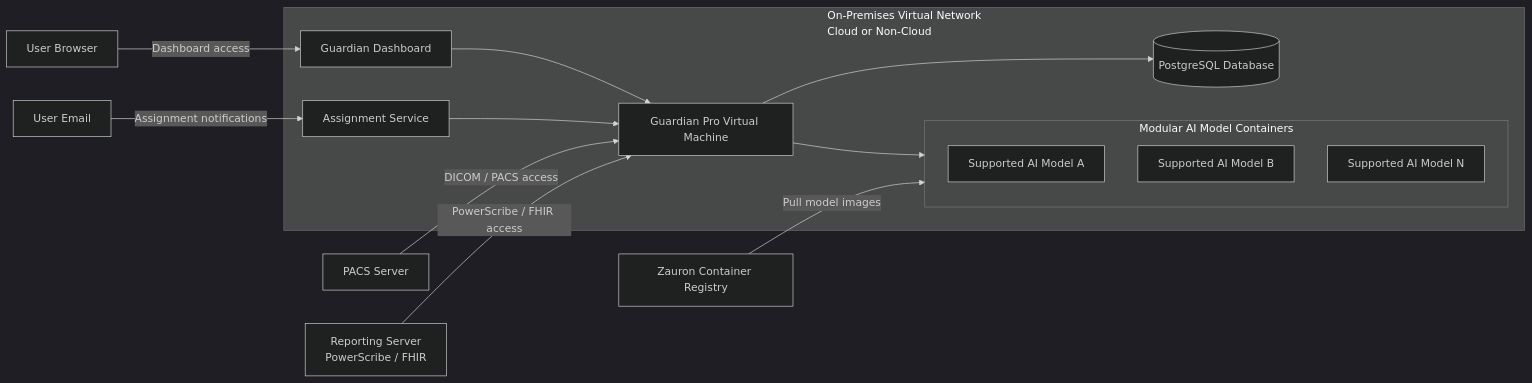
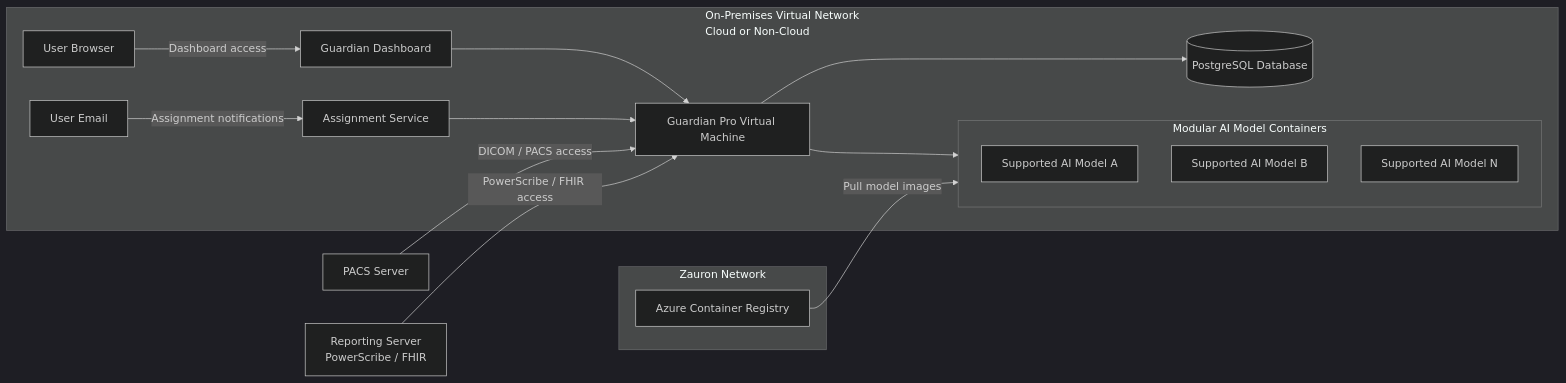
The diagram in docs/installation.md (Zauron-Labs/guardian-pro), drawn with Mermaid (dark theme) before and after one commit. The commit also changed other lines of this file, not shown here.

Commit message:
Update installation documentation for Guardian Pro
- Revised the network diagram description to include PACS and reporting system access, enhancing clarity on system architecture.
- Updated the diagram to reflect the use of Azure Container Registry for AI model images, improving accuracy in deployment representation.

````diff
--- a/docs/installation.md
+++ b/docs/installation.md
@@ -88,30 +88,33 @@
 ```mermaid
 flowchart LR
     PACS[PACS Server]
     REPORT[Reporting Server<br/>PowerScribe / FHIR]
-    REGISTRY[Zauron Container Registry]
-    BROWSER[User Browser]
-    EMAIL[User Email]
+    
+    subgraph ZAURON[Zauron Network]
+        REGISTRY[Azure Container Registry]
+    end
 
     subgraph VNET[On-Premises Virtual Network<br/>Cloud or Non-Cloud]
+        BROWSER[User Browser]
+        EMAIL[User Email]
         APP[Guardian Pro Virtual Machine]
         DB[(PostgreSQL Database)]
         subgraph MODELS[Modular AI Model Containers]
             MODEL1[Supported AI Model A]
             MODEL2[Supported AI Model B]
             MODELN[Supported AI Model N]
         end
         DASH[Guardian Dashboard]
         ASSIGN[Assignment Service]
     end
 
     PACS -->|DICOM / PACS access| APP
     REPORT -->|PowerScribe / FHIR access| APP
     APP --> DB
     APP --> MODELS
     REGISTRY -->|Pull model images| MODELS
     BROWSER -->|Dashboard access| DASH
     EMAIL -->|Assignment notifications| ASSIGN
     DASH --> APP
     ASSIGN --> APP
 ```
````
